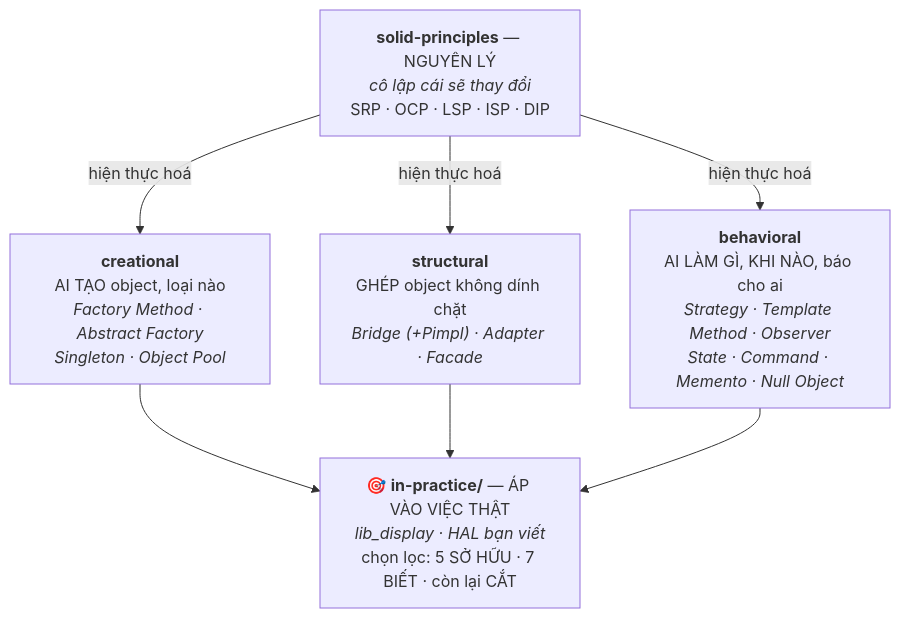
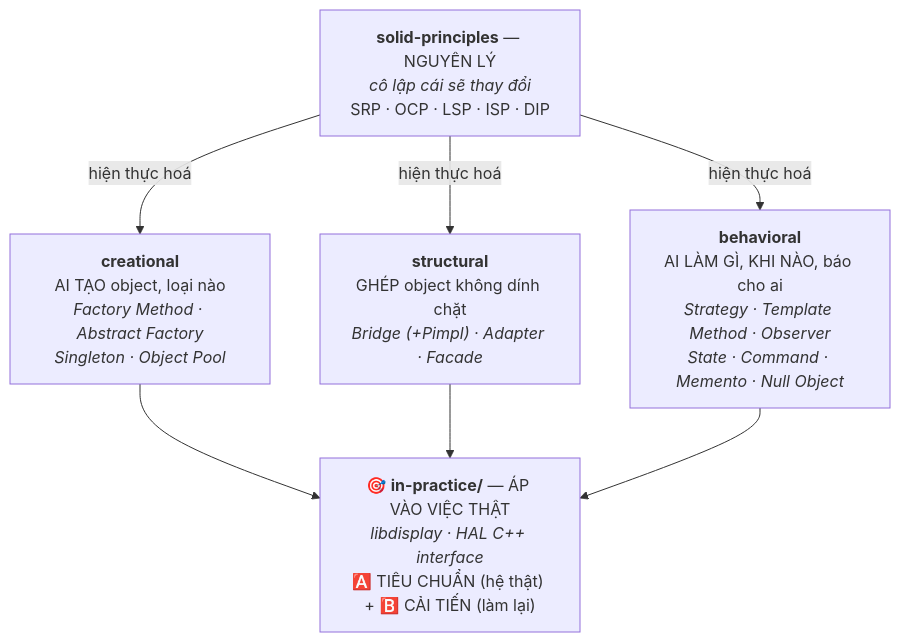
The diagram in 11-design-patterns/README.md (gia0901/Embedded-Knowledge), drawn with Mermaid before and after one commit. The commit also changed other lines of this file and 14 other files, not shown here.

````diff
--- a/11-design-patterns/README.md
+++ b/11-design-patterns/README.md
@@ -11,10 +11,10 @@
 ```mermaid
 flowchart TD
     S["<b>solid-principles</b> — NGUYÊN LÝ<br/><i>cô lập cái sẽ thay đổi</i><br/>SRP · OCP · LSP · ISP · DIP"]
     S -->|"hiện thực hoá"| C["<b>creational</b><br/>AI TẠO object, loại nào<br/><i>Factory Method · Abstract Factory<br/>Singleton · Object Pool</i>"]
     S -->|"hiện thực hoá"| ST["<b>structural</b><br/>GHÉP object không dính chặt<br/><i>Bridge (+Pimpl) · Adapter · Facade</i>"]
     S -->|"hiện thực hoá"| B["<b>behavioral</b><br/>AI LÀM GÌ, KHI NÀO, báo cho ai<br/><i>Strategy · Template Method · Observer<br/>State · Command · Memento · Null Object</i>"]
-    C --> P["🎯 <b>in-practice/</b> — ÁP VÀO VIỆC THẬT<br/><i>lib_display · HAL bạn viết</i><br/>chọn lọc: 5 SỞ HỮU · 7 BIẾT · còn lại CẮT"]
+    C --> P["🎯 <b>in-practice/</b> — ÁP VÀO VIỆC THẬT<br/><i>libdisplay · HAL C++ interface</i><br/>🅰️ TIÊU CHUẨN (hệ thật) + 🅱️ CẢI TIẾN (làm lại)"]
     ST --> P
     B --> P
 ```
````
